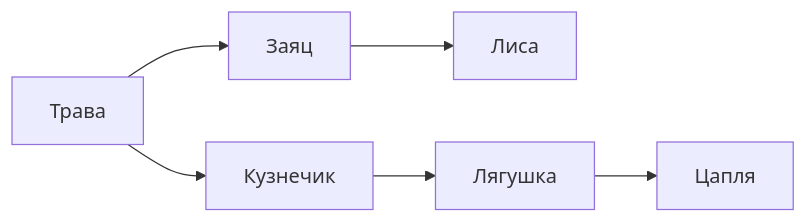
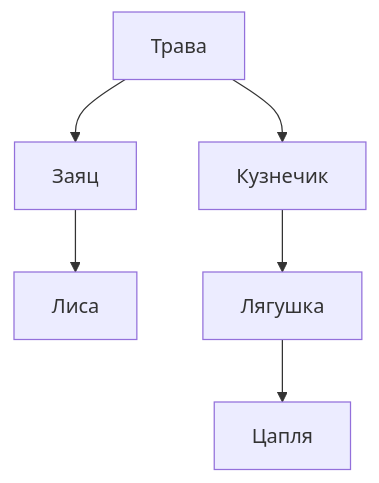
One commit to kscht/spiridus-docs changed the first of 2 diagrams in examples/documents/18-primary-school.md. Above: the diagram before and after it, drawn with Mermaid. The commit also changed other lines of this file and 56 other files, not shown here.

````diff
--- a/examples/documents/18-primary-school.md
+++ b/examples/documents/18-primary-school.md
@@ -197,5 +197,5 @@
 ```mermaid
-flowchart LR
+flowchart TD
   Трава --> Заяц --> Лиса
   Трава --> Кузнечик --> Лягушка --> Цапля
 ```
````
